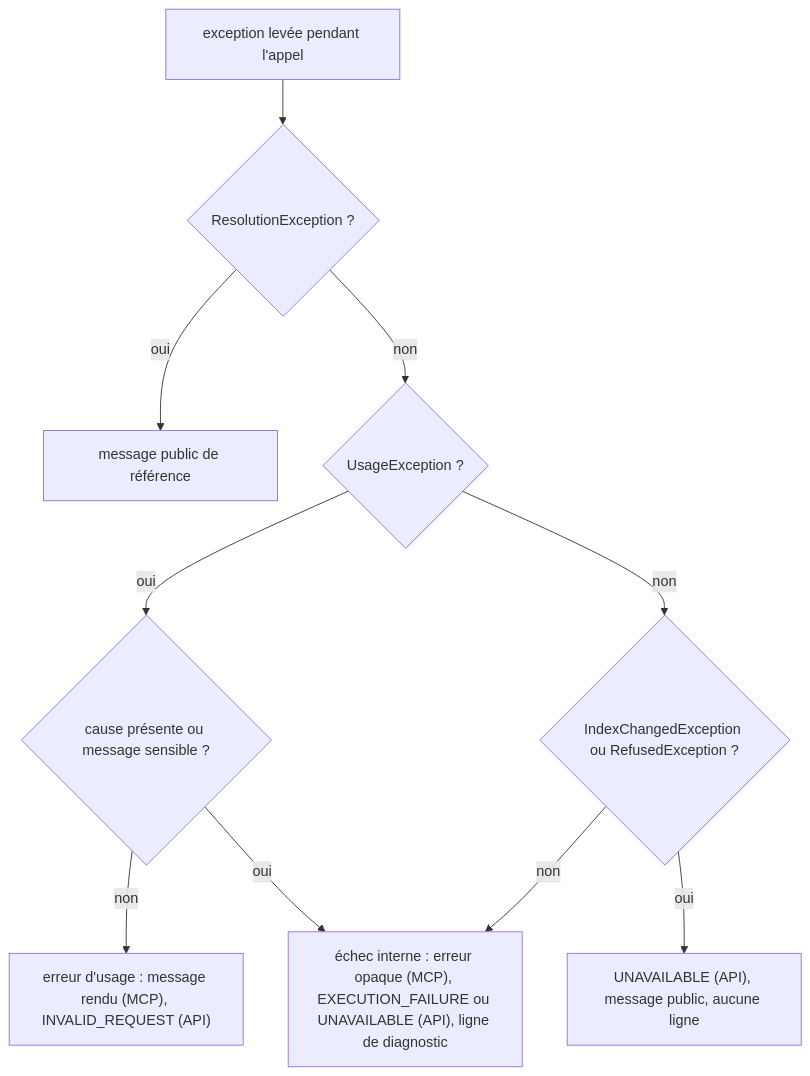
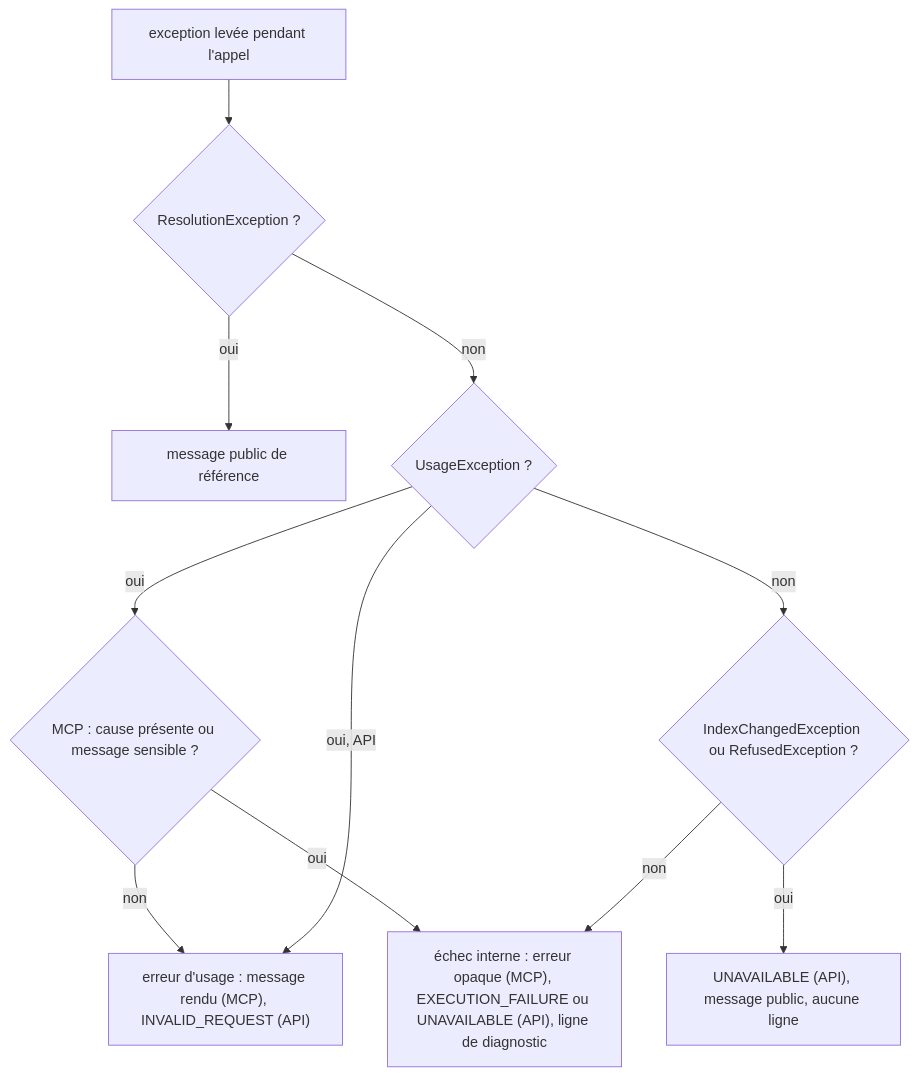
Before and after one commit to FTurleque/minos-code-intelligence: the third of 3 diagrams in docs/architecture/diagrams/capacites/surfaces-publiques.md, drawn with Mermaid. The commit also changed 18 other files, not shown here.

````diff
--- a/docs/architecture/diagrams/capacites/surfaces-publiques.md
+++ b/docs/architecture/diagrams/capacites/surfaces-publiques.md
@@ -97,12 +97,13 @@
 ```mermaid
 flowchart TD
     E["exception levée pendant l'appel"] --> R{"ResolutionException ?"}
     R -- oui --> P["message public de référence"]
     R -- non --> U{"UsageException ?"}
-    U -- oui --> S{"cause présente ou message sensible ?"}
+    U -- oui --> S{"MCP : cause présente ou message sensible ?"}
     S -- non --> A["erreur d'usage : message rendu (MCP), INVALID_REQUEST (API)"]
     S -- oui --> I
+    U -- "oui, API" --> A
     U -- non --> X{"IndexChangedException ou RefusedException ?"}
     X -- oui --> N["UNAVAILABLE (API), message public, aucune ligne"]
     X -- non --> I["échec interne : erreur opaque (MCP), EXECUTION_FAILURE ou UNAVAILABLE (API), ligne de diagnostic"]
 ```
````
